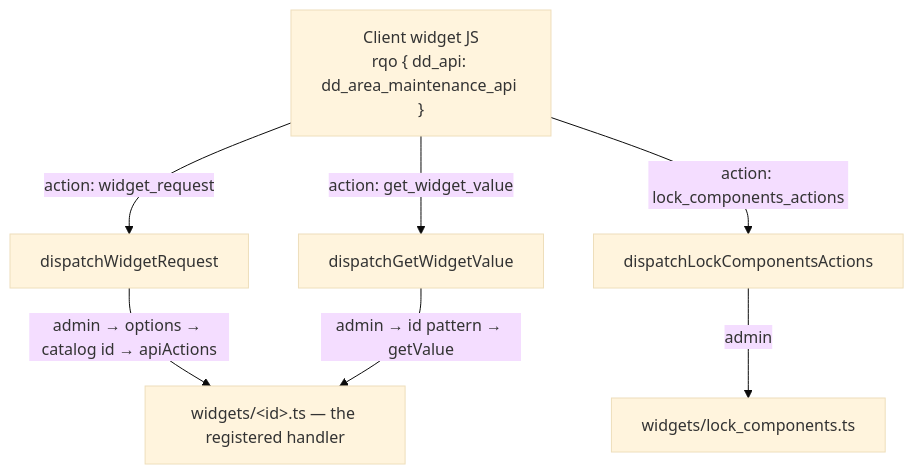
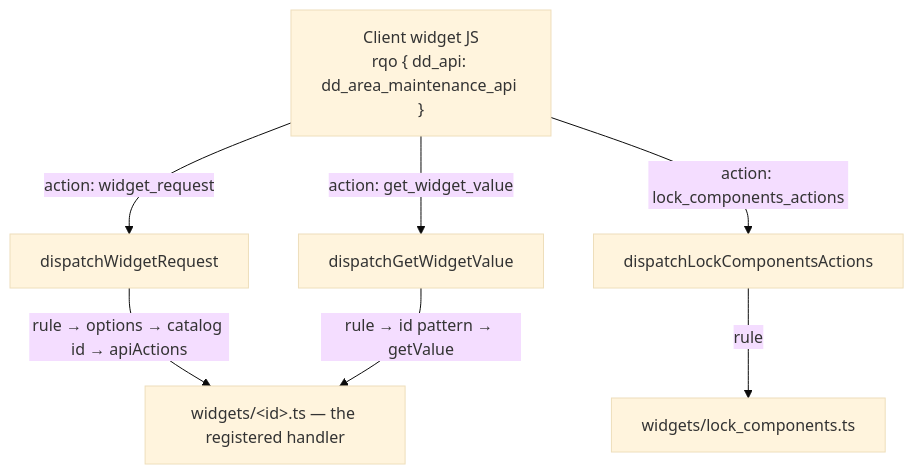
Before and after one commit to dedalia-org/dedalo: the diagram in docs/core/areas/area_maintenance.md, drawn with Mermaid (base theme). The commit also changed other lines of this file and 22 other files, not shown here.

````diff
--- a/docs/core/areas/area_maintenance.md
+++ b/docs/core/areas/area_maintenance.md
@@ -131,10 +141,10 @@
 ```mermaid
 flowchart TB
     C["Client widget JS<br/>rqo { dd_api: dd_area_maintenance_api }"]
     C -->|"action: widget_request"| WR["dispatchWidgetRequest"]
     C -->|"action: get_widget_value"| GV["dispatchGetWidgetValue"]
     C -->|"action: lock_components_actions"| LC["dispatchLockComponentsActions"]
-    WR -->|"admin → options → catalog id → apiActions"| WM["widgets/&lt;id&gt;.ts — the registered handler"]
-    GV -->|"admin → id pattern → getValue"| WM
-    LC -->|"admin"| LCW["widgets/lock_components.ts"]
+    WR -->|"rule → options → catalog id → apiActions"| WM["widgets/&lt;id&gt;.ts — the registered handler"]
+    GV -->|"rule → id pattern → getValue"| WM
+    LC -->|"rule"| LCW["widgets/lock_components.ts"]
 ```
````
